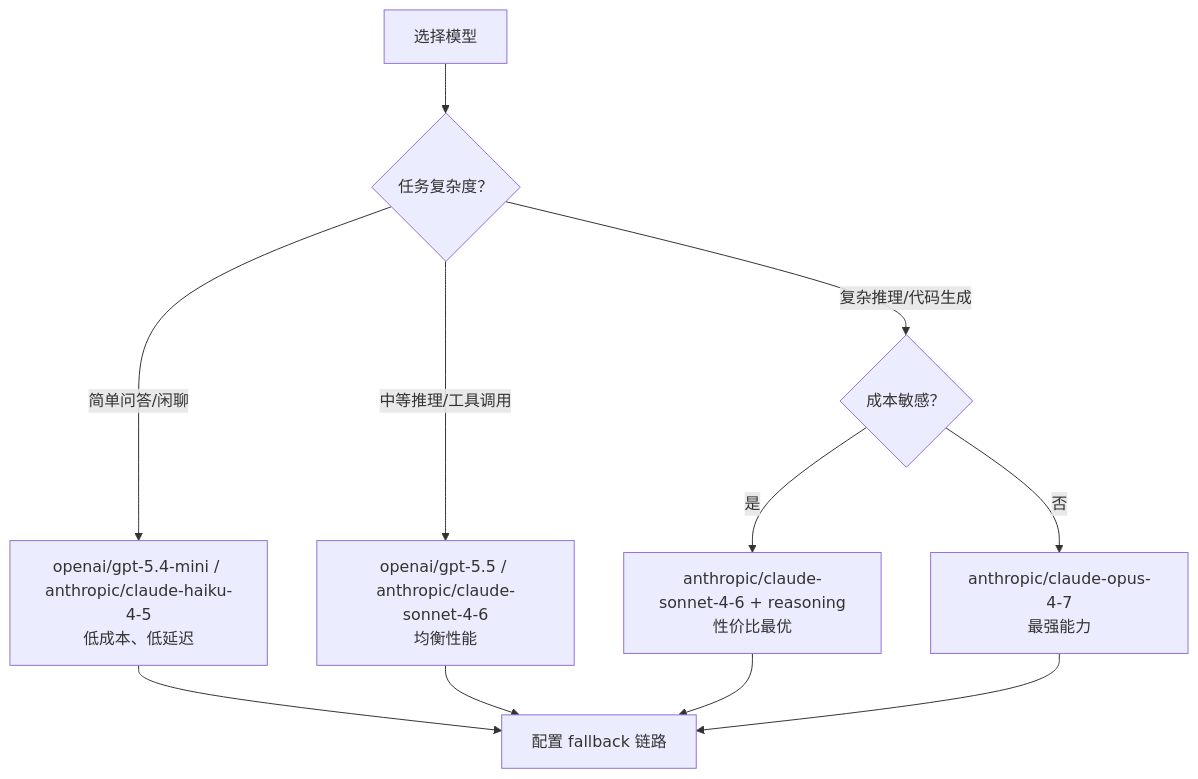
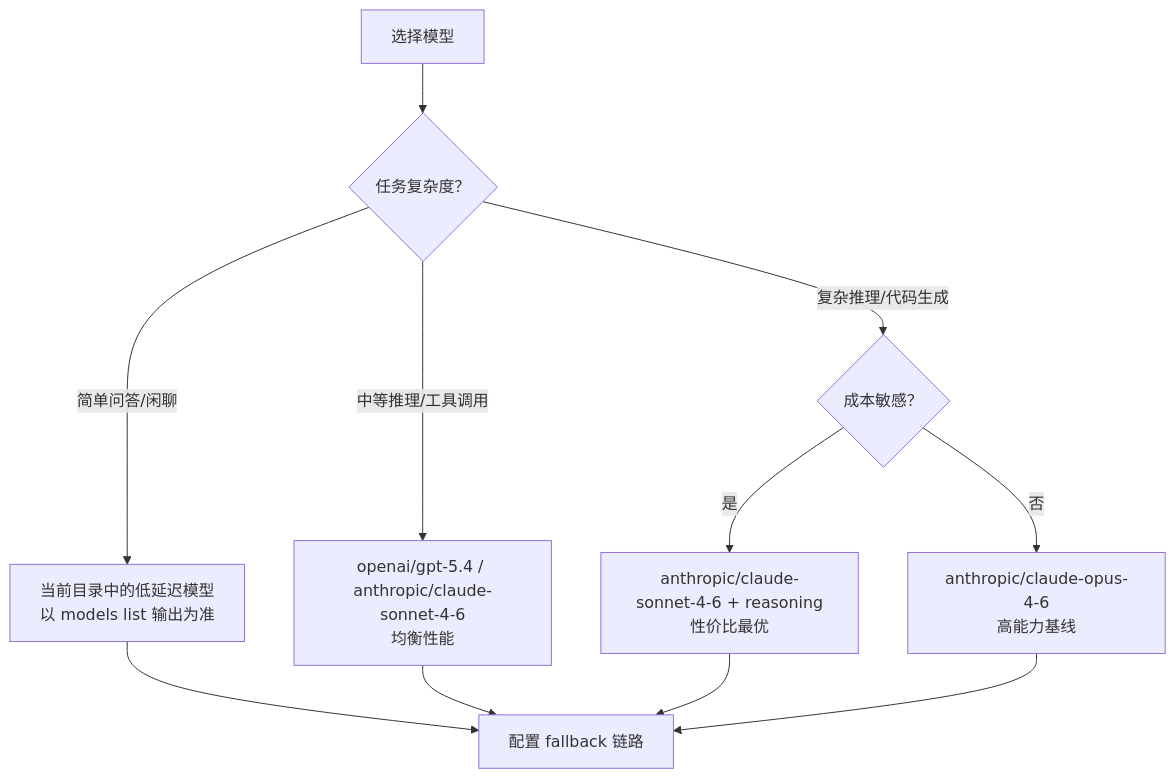
One commit to yeasy/openclaw_guide changed the diagram in 04_config_models/4.3_model_selection.md. Above: the diagram before and after it, drawn with Mermaid. The commit also changed other lines of this file and 15 other files, not shown here.

````diff
--- a/04_config_models/4.3_model_selection.md
+++ b/04_config_models/4.3_model_selection.md
@@ -30,13 +30,13 @@
 ```mermaid
 flowchart TD
     Start["选择模型"] --> Q1{"任务复杂度？"}
-    Q1 -->|"简单问答/闲聊"| M1["openai/gpt-5.4-mini / anthropic/claude-haiku-4-5<br/>低成本、低延迟"]
-    Q1 -->|"中等推理/工具调用"| M2["openai/gpt-5.5 / anthropic/claude-sonnet-4-6<br/>均衡性能"]
+    Q1 -->|"简单问答/闲聊"| M1["当前目录中的低延迟模型<br/>以 models list 输出为准"]
+    Q1 -->|"中等推理/工具调用"| M2["openai/gpt-5.4 / anthropic/claude-sonnet-4-6<br/>均衡性能"]
     Q1 -->|"复杂推理/代码生成"| Q2{"成本敏感？"}
     Q2 -->|"是"| M3["anthropic/claude-sonnet-4-6 + reasoning<br/>性价比最优"]
-    Q2 -->|"否"| M4["anthropic/claude-opus-4-7<br/>最强能力"]
+    Q2 -->|"否"| M4["anthropic/claude-opus-4-6<br/>高能力基线"]
     M1 --> FB["配置 fallback 链路"]
     M2 --> FB
     M3 --> FB
     M4 --> FB
 ```
````
